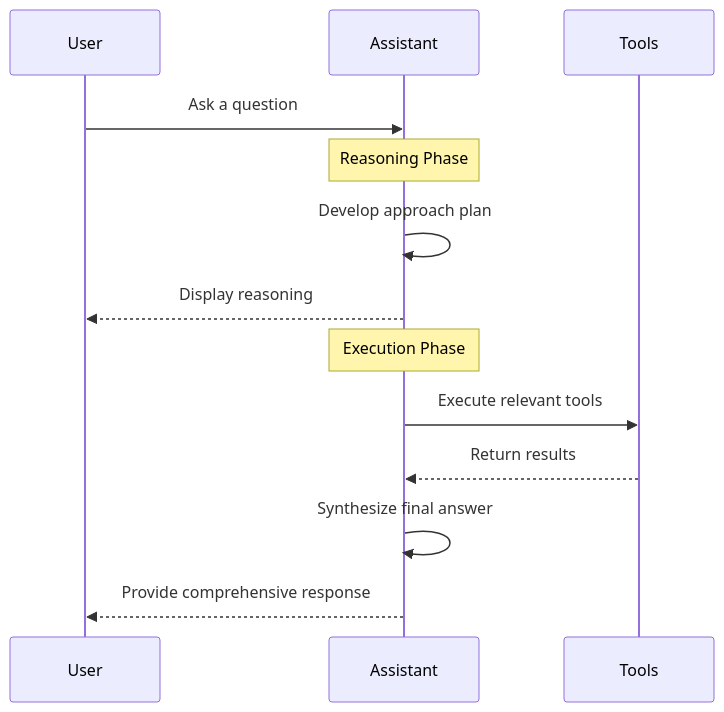
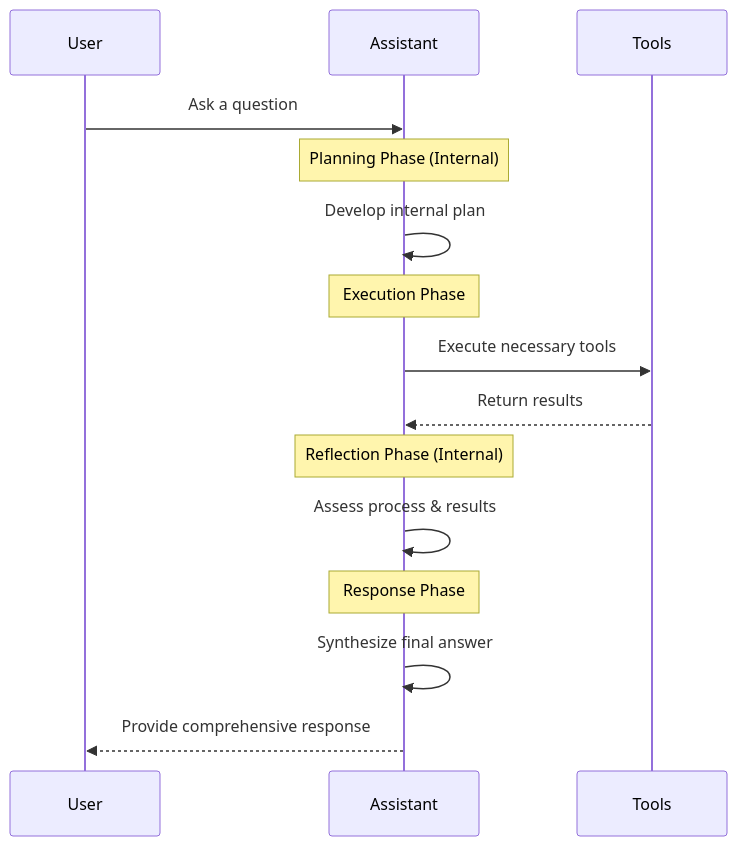
One commit to DragonL57/gem-assist-linux changed the third of 3 diagrams in README.md. Above: the diagram before and after it, drawn with Mermaid. The commit also changed other lines of this file and 8 other files, not shown here.

Commit message:
Added new reflection phase, improve agentic capability

````diff
--- a/README.md
+++ b/README.md
@@ -148,16 +143,18 @@
 ```mermaid
 sequenceDiagram
     participant User
     participant Assistant
     participant Tools
-    
+
     User->>Assistant: Ask a question
-    Note over Assistant: Reasoning Phase
-    Assistant->>Assistant: Develop approach plan
-    Assistant-->>User: Display reasoning
+    Note over Assistant: Planning Phase (Internal)
+    Assistant->>Assistant: Develop internal plan
     Note over Assistant: Execution Phase
-    Assistant->>Tools: Execute relevant tools
+    Assistant->>Tools: Execute necessary tools
     Tools-->>Assistant: Return results
+    Note over Assistant: Reflection Phase (Internal)
+    Assistant->>Assistant: Assess process & results
+    Note over Assistant: Response Phase
     Assistant->>Assistant: Synthesize final answer
     Assistant-->>User: Provide comprehensive response
 ```
````
